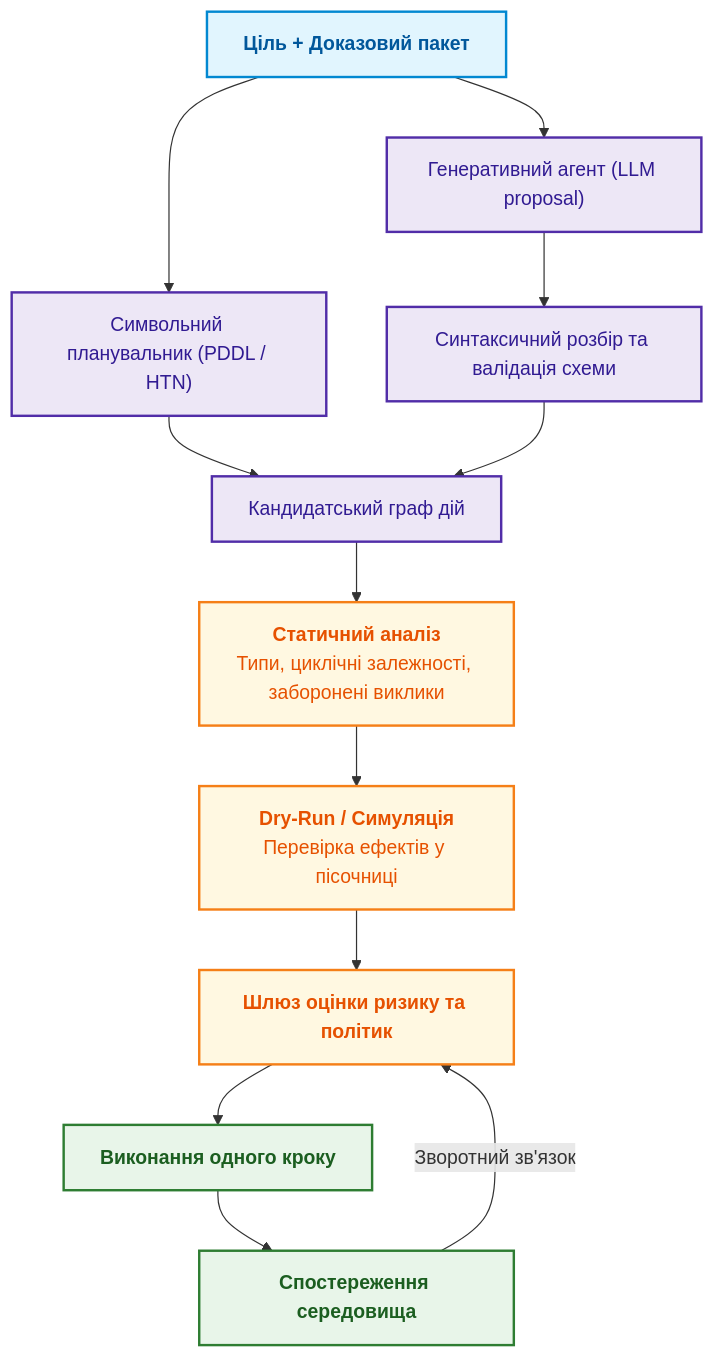
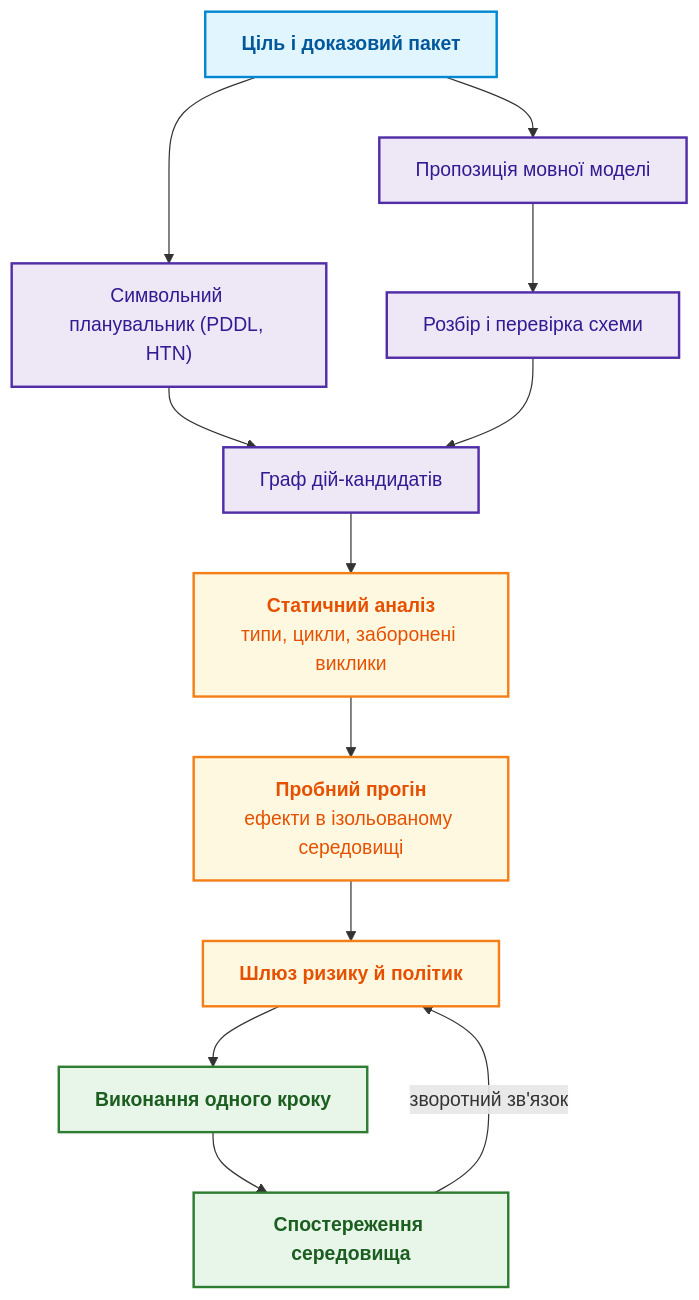
The second of 5 diagrams in ExpertSystem/ch21-from-recommendation-to-action.md (nick-fedchik/articles), drawn with Mermaid before and after one commit. The commit also changed other lines of this file and 4 other files, not shown here.

````diff
--- a/ExpertSystem/ch21-from-recommendation-to-action.md
+++ b/ExpertSystem/ch21-from-recommendation-to-action.md
@@ -140,28 +119,28 @@
 ```mermaid
 flowchart TD
-    accTitle: Покрокове виконання плану дій з оцінкою ризиків
-    accDescr: Проходження цілі через планувальник, синтаксичну перевірку, симуляцію та шлюз ризиків до покрокового виконання.
+    accTitle: Покрокове виконання плану з оцінкою ризику
+    accDescr: Ціль і доказовий пакет дають план від символьного планувальника або мовної моделі; граф дій проходить статичний аналіз, пробний прогін і шлюз ризику, після чого виконується по одному кроку зі спостереженням.
 
-    G["<b>Ціль + Доказовий пакет</b>"] --> P1["Символьний планувальник (PDDL / HTN)"]
-    G --> P2["Генеративний агент (LLM proposal)"]
-    P1 --> CAND["Кандидатський граф дій"]
-    P2 --> PARSE["Синтаксичний розбір та валідація схеми"]
+    G["<b>Ціль і доказовий пакет</b>"] --> P1["Символьний планувальник (PDDL, HTN)"]
+    G --> P2["Пропозиція мовної моделі"]
+    P1 --> CAND["Граф дій-кандидатів"]
+    P2 --> PARSE["Розбір і перевірка схеми"]
     PARSE --> CAND
 
-    CAND --> STATIC["<b>Статичний аналіз</b><br/>Типи, циклічні залежності, заборонені виклики"]
-    STATIC --> SIM["<b>Dry-Run / Симуляція</b><br/>Перевірка ефектів у пісочниці"]
-    SIM --> RISK["<b>Шлюз оцінки ризику та політик</b>"]
+    CAND --> STATIC["<b>Статичний аналіз</b><br/>типи, цикли, заборонені виклики"]
+    STATIC --> SIM["<b>Пробний прогін</b><br/>ефекти в ізольованому середовищі"]
+    SIM --> RISK["<b>Шлюз ризику й політик</b>"]
     RISK --> EXEC["<b>Виконання одного кроку</b>"]
     EXEC --> OBS["<b>Спостереження середовища</b>"]
-    OBS -->|"Зворотний зв'язок"| RISK
+    OBS -->|"зворотний зв'язок"| RISK
 
     classDef in fill:#e1f5fe,stroke:#0288d1,stroke-width:2px,color:#01579b;
     classDef plan fill:#ede7f6,stroke:#512da8,stroke-width:2px,color:#311b92;
     classDef check fill:#fff8e1,stroke:#f57f17,stroke-width:2px,color:#e65100;
     classDef run fill:#e8f5e9,stroke:#2e7d32,stroke-width:2px,color:#1b5e20;
 
     class G in;
     class P1,P2,CAND,PARSE plan;
     class STATIC,SIM,RISK check;
     class EXEC,OBS run;
 ```
````
